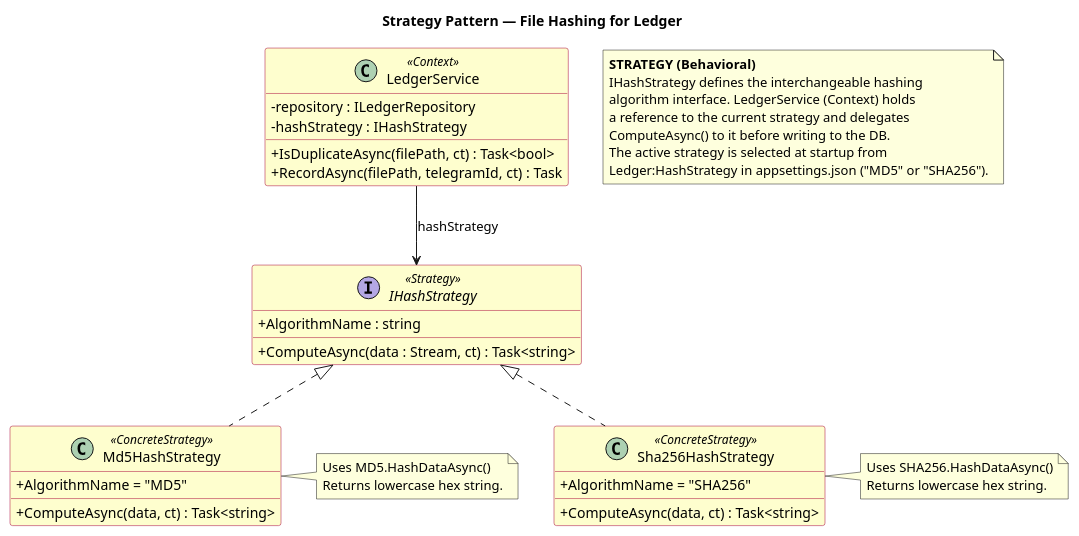
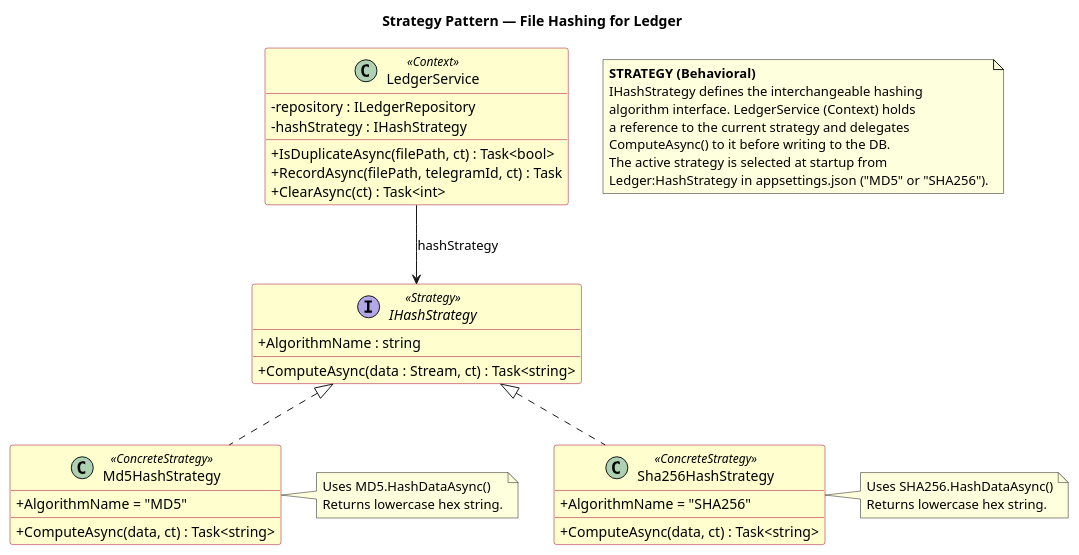
Before and after one commit to Heiwa03/NurFlac: the diagram in UML_Diagrams/12_Strategy.puml, drawn with PlantUML. The commit also changed 7 other files, not shown here.

First line of the commit message:
chore(diagrams,docs): sync UML diagrams, report, and presentation with new admin commands

```diff
--- a/UML_Diagrams/12_Strategy.puml
+++ b/UML_Diagrams/12_Strategy.puml
@@ -1,59 +1,60 @@
 @startuml Strategy_HashStrategy
 ' If any modifications are done to the classes participating in this pattern,
 ' this diagram must be updated accordingly.
 
 title Strategy Pattern — File Hashing for Ledger
 
 skinparam classAttributeIconSize 0
 skinparam class {
   BackgroundColor #FEFECE
   BorderColor #A80036
 }
 
 note as N1
   <b>STRATEGY (Behavioral)</b>
   IHashStrategy defines the interchangeable hashing
   algorithm interface. LedgerService (Context) holds
   a reference to the current strategy and delegates
   ComputeAsync() to it before writing to the DB.
   The active strategy is selected at startup from
   Ledger:HashStrategy in appsettings.json ("MD5" or "SHA256").
 end note
 
 interface IHashStrategy << Strategy >> {
   + AlgorithmName : string
   + ComputeAsync(data : Stream, ct) : Task<string>
 }
 
 class Md5HashStrategy << ConcreteStrategy >> {
   + AlgorithmName = "MD5"
   + ComputeAsync(data, ct) : Task<string>
 }
 
 note right of Md5HashStrategy
   Uses MD5.HashDataAsync()
   Returns lowercase hex string.
 end note
 
 class Sha256HashStrategy << ConcreteStrategy >> {
   + AlgorithmName = "SHA256"
   + ComputeAsync(data, ct) : Task<string>
 }
 
 note right of Sha256HashStrategy
   Uses SHA256.HashDataAsync()
   Returns lowercase hex string.
 end note
 
 class LedgerService << Context >> {
   - repository : ILedgerRepository
   - hashStrategy : IHashStrategy
   + IsDuplicateAsync(filePath, ct) : Task<bool>
   + RecordAsync(filePath, telegramId, ct) : Task
+  + ClearAsync(ct) : Task<int>
 }
 
 IHashStrategy    <|.. Md5HashStrategy
 IHashStrategy    <|.. Sha256HashStrategy
 LedgerService    --> IHashStrategy : hashStrategy
 
 @enduml
```
